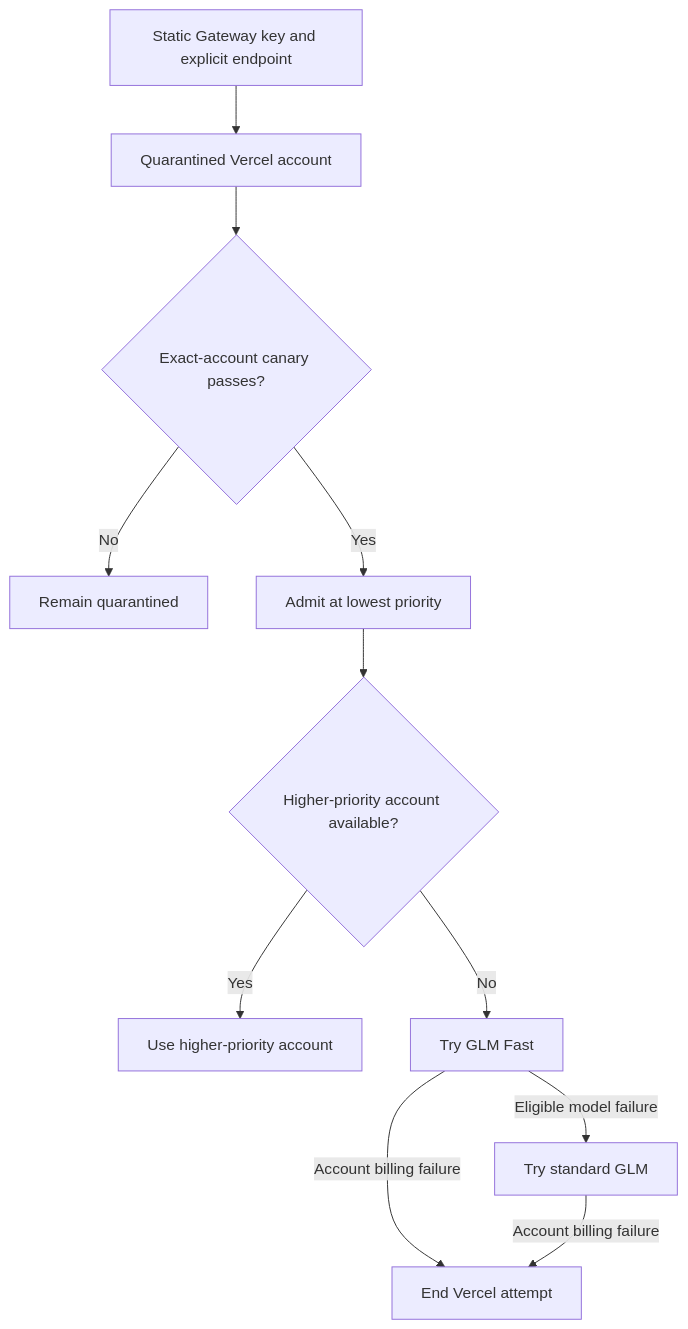
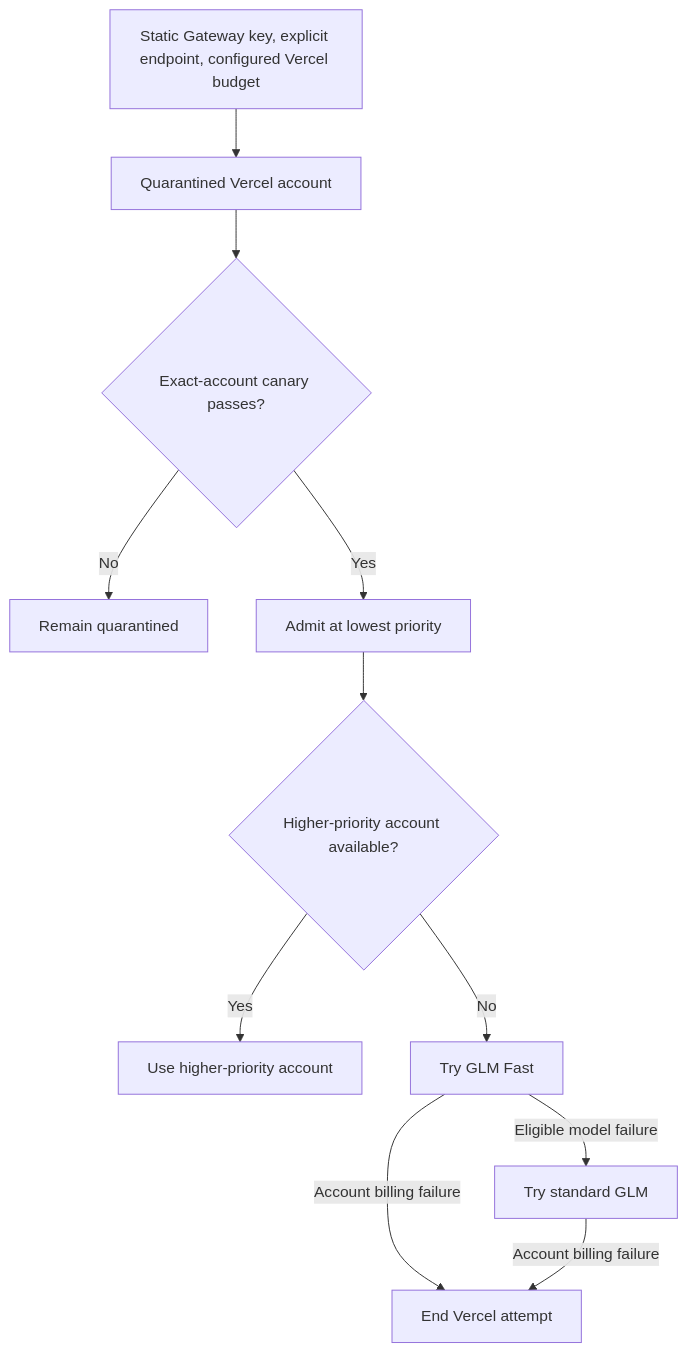
One commit to StartupBros-com/better-ccflare changed the first of 2 diagrams in docs/plans/2026-08-20-0612-feat-direct-vercel-gateway-key-lane-plan.md. Above: the diagram before and after it, drawn with Mermaid. The commit also changed other lines of this file, not shown here.

Commit message:
docs: make Vercel Gateway key lane plan implementation-ready

````diff
--- a/docs/plans/2026-08-20-0612-feat-direct-vercel-gateway-key-lane-plan.md
+++ b/docs/plans/2026-08-20-0612-feat-direct-vercel-gateway-key-lane-plan.md
@@ -121,13 +126,13 @@
 ```mermaid
 flowchart TB
-  A[Static Gateway key and explicit endpoint] --> B[Quarantined Vercel account]
+  A[Static Gateway key, explicit endpoint, configured Vercel budget] --> B[Quarantined Vercel account]
   B --> C{Exact-account canary passes?}
   C -->|No| D[Remain quarantined]
   C -->|Yes| E[Admit at lowest priority]
   E --> F{Higher-priority account available?}
   F -->|Yes| G[Use higher-priority account]
   F -->|No| H[Try GLM Fast]
   H -->|Eligible model failure| I[Try standard GLM]
   H -->|Account billing failure| J[End Vercel attempt]
   I -->|Account billing failure| J
 ```
````
